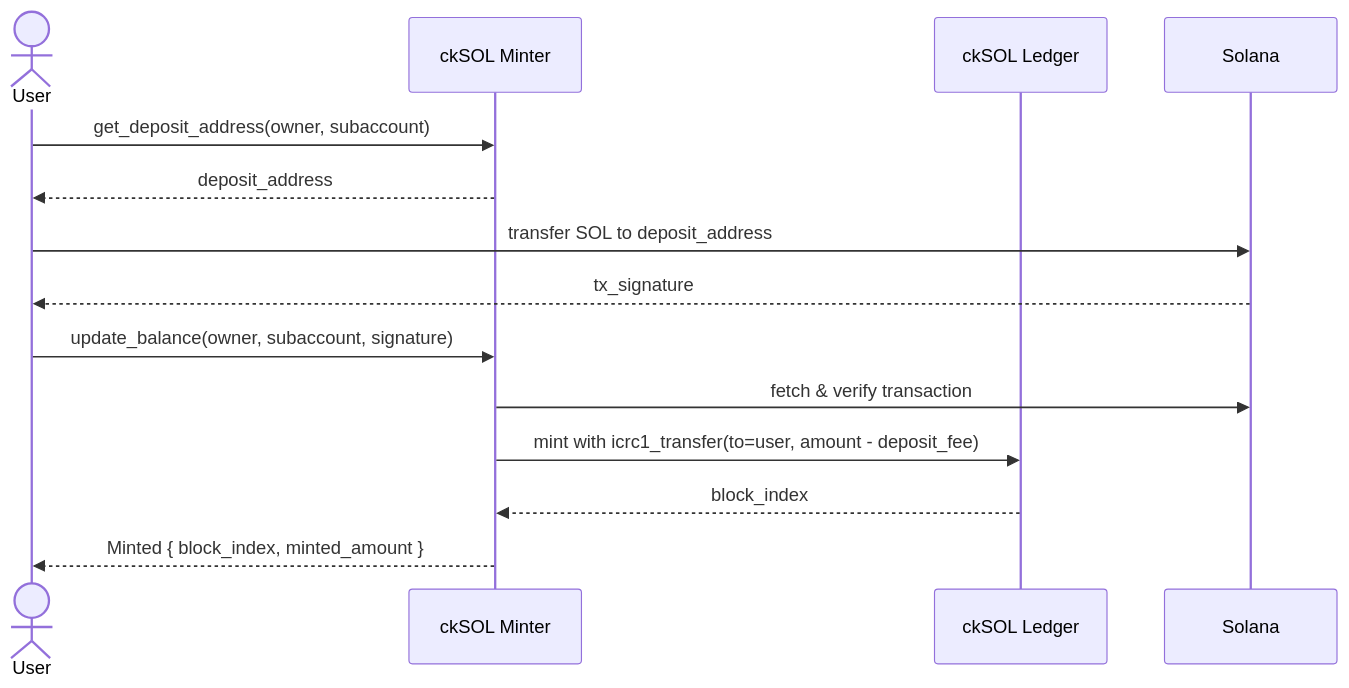
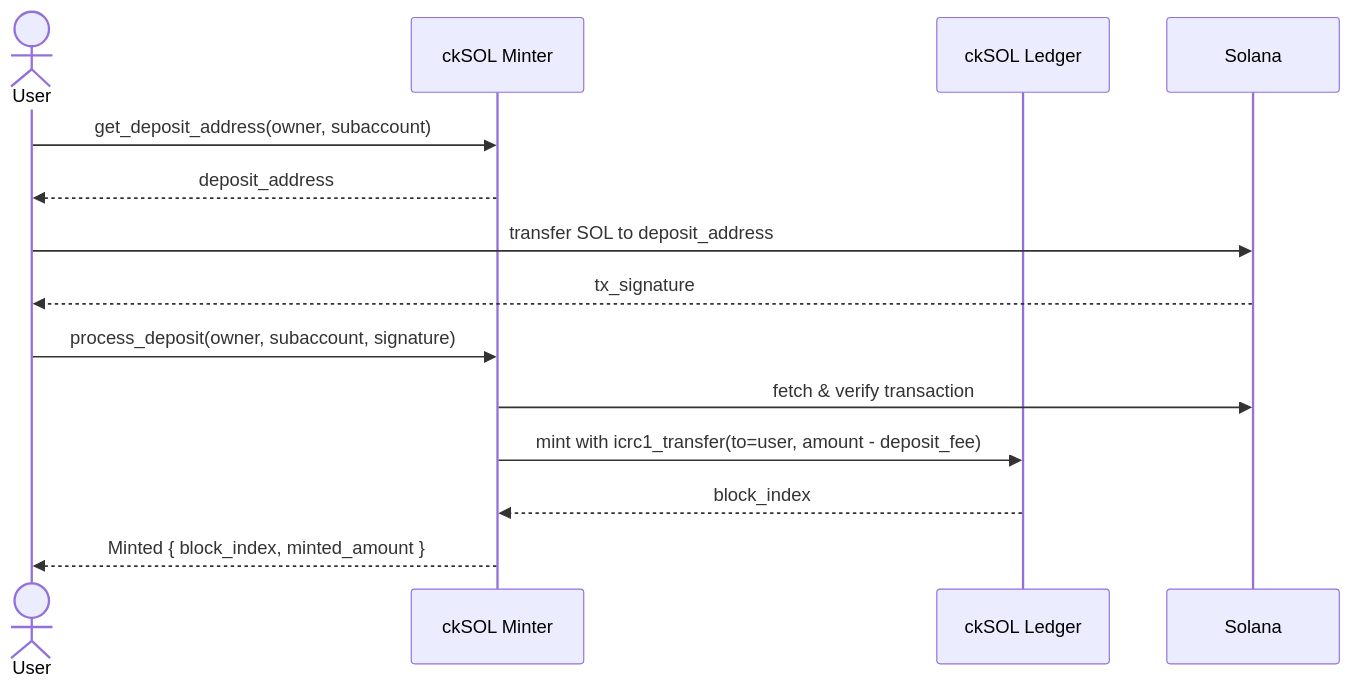
One commit to dfinity/cksol changed the first of 3 diagrams in README.md. Above: the diagram before and after it, drawn with Mermaid. The commit also changed other lines of this file and 21 other files, not shown here.

First line of the commit message:
refactor: rename `update_balance` to `process_deposit` (#141)

````diff
--- a/README.md
+++ b/README.md
@@ -49,19 +49,19 @@
 ```mermaid
 sequenceDiagram
     actor User
     participant Minter as ckSOL Minter
     participant Ledger as ckSOL Ledger
     participant Solana
 
     User->>Minter: get_deposit_address(owner, subaccount)
     Minter-->>User: deposit_address
 
     User->>Solana: transfer SOL to deposit_address
     Solana-->>User: tx_signature
 
-    User->>Minter: update_balance(owner, subaccount, signature)
+    User->>Minter: process_deposit(owner, subaccount, signature)
     Minter->>Solana: fetch & verify transaction
     Minter->>Ledger: mint with icrc1_transfer(to=user, amount - deposit_fee)
     Ledger-->>Minter: block_index
     Minter-->>User: Minted { block_index, minted_amount }
 ```
````
